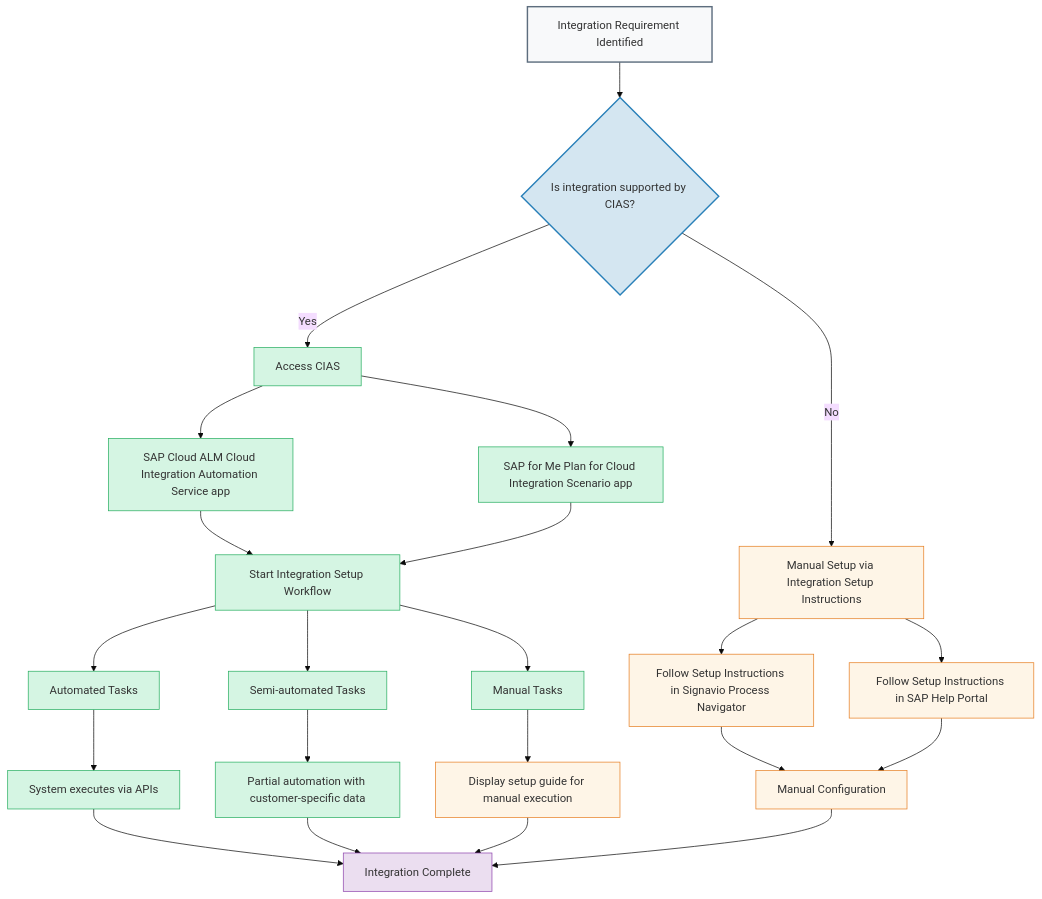
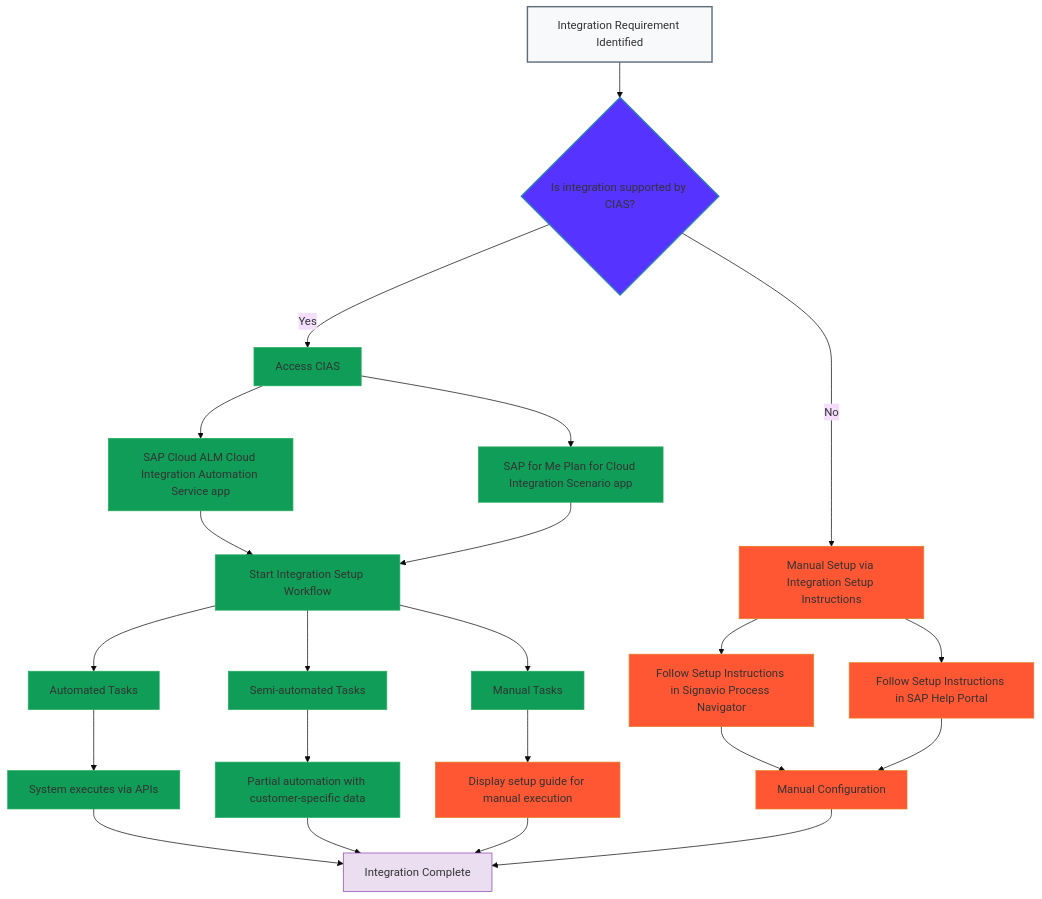
One commit to sapflashcards/S4CPE changed the diagram in CIAS-workflow.md. Above: the diagram before and after it, drawn with Mermaid (base theme).

````diff
--- a/CIAS-workflow.md
+++ b/CIAS-workflow.md
@@ -1,43 +1,43 @@
 ```mermaid
 flowchart TB
     A[Integration Requirement Identified] --> B{Is integration supported by CIAS?}
     B -->|Yes| C[Access CIAS]
     B -->|No| D[Manual Setup via Integration Setup Instructions]
     
     C --> C1[SAP Cloud ALM Cloud Integration Automation Service app]
     C --> C2[SAP for Me Plan for Cloud Integration Scenario app]
     
     C1 --> E[Start Integration Setup Workflow]
     C2 --> E
     
     E --> F[Automated Tasks]
     E --> G[Semi-automated Tasks]
     E --> H[Manual Tasks]
     
     F --> F1[System executes via APIs]
     G --> G1[Partial automation with customer-specific data]
     H --> H1[Display setup guide for manual execution]
     
     F1 --> I[Integration Complete]
     G1 --> I
     H1 --> I
     
     D --> J[Follow Setup Instructions in Signavio Process Navigator]
     D --> K[Follow Setup Instructions in SAP Help Portal]
     
     J --> L[Manual Configuration]
     K --> L
     L --> I
     
     classDef start fill:#f8f9fa,stroke:#5d6d7e,stroke-width:2px;
-    classDef decision fill:#d4e6f1,stroke:#2980b9,stroke-width:2px;
-    classDef process fill:#d5f5e3,stroke:#27ae60,stroke-width:1px;
-    classDef manual fill:#fef5e7,stroke:#e67e22,stroke-width:1px;
+    classDef decision fill:#5733FF,stroke:#2980b9,stroke-width:2px;
+    classDef process fill:#0F9D58,stroke:#27ae60,stroke-width:1px;
+    classDef manual fill:#FF5733,stroke:#e67e22,stroke-width:1px;
     classDef wend fill:#ebdef0,stroke:#8e44ad,stroke-width:1px;
     
     class A start;
     class B decision;
     class C,C1,C2,E,F,G,H,F1,G1 process;
     class D,H1,J,K,L manual;
     class I wend;
 ```
````
